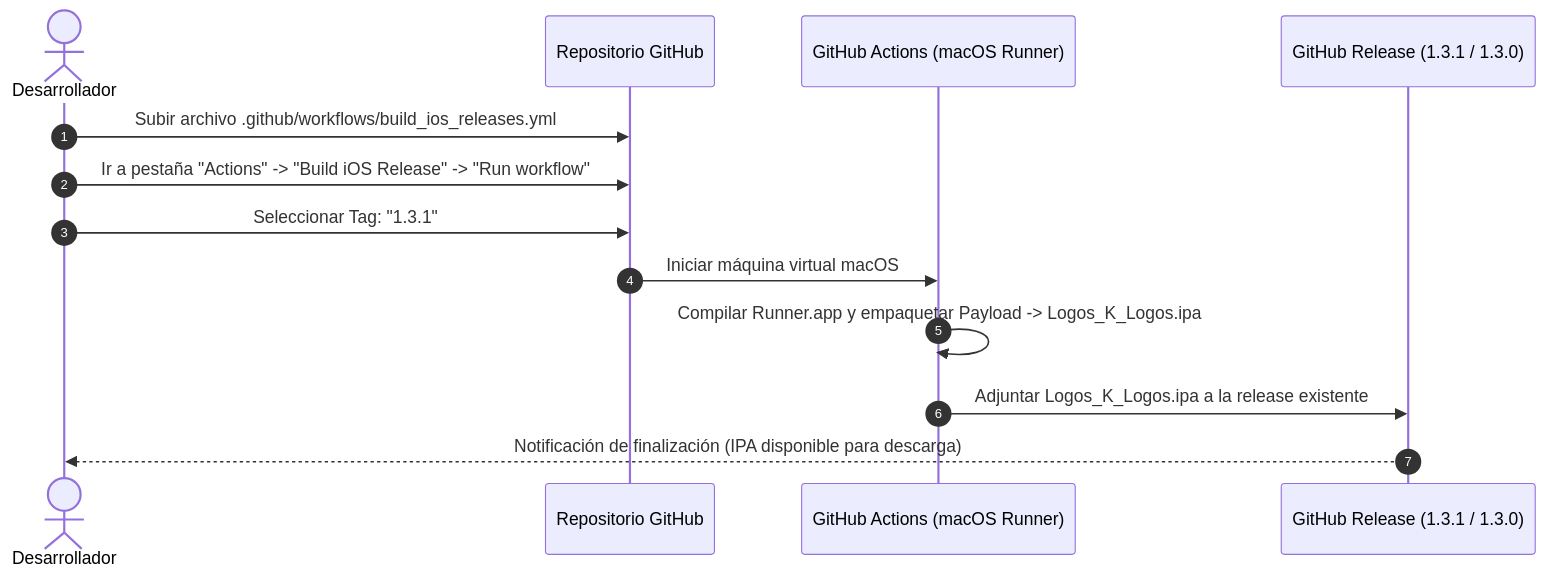
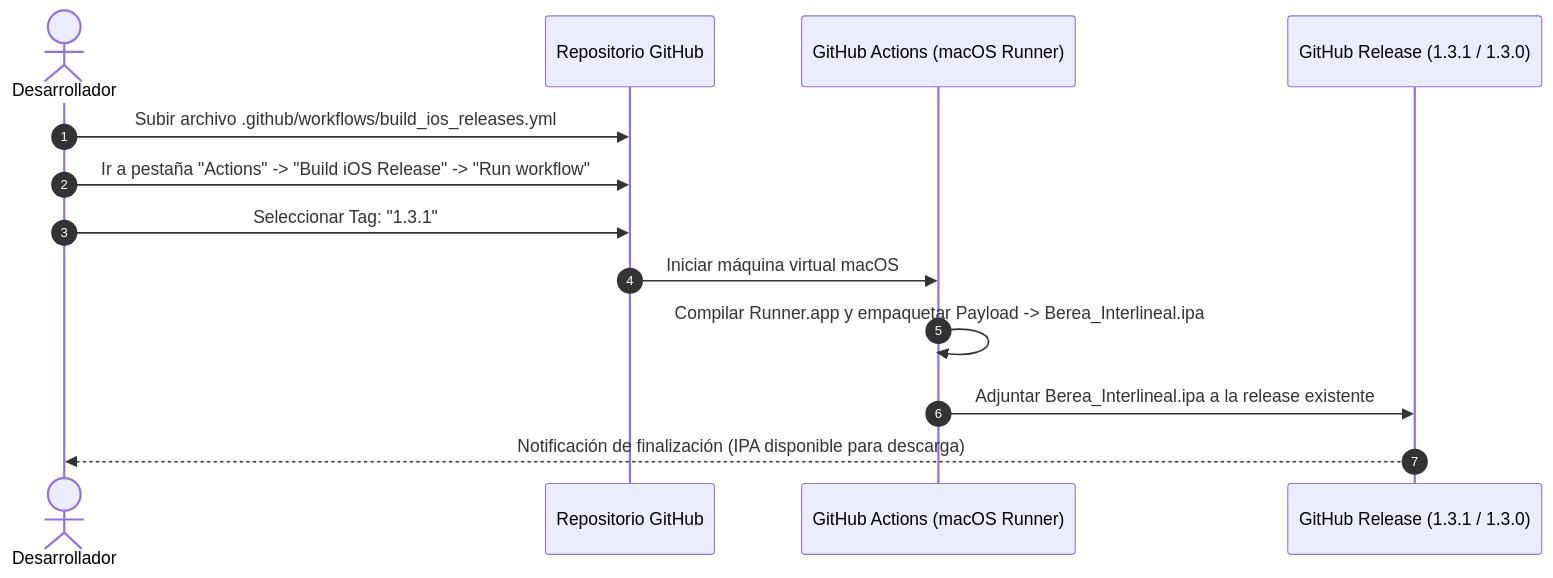
Before and after one commit to NetOpsSolutions/Berea_Interlineal: the second of 2 diagrams in Archivos_md/PLAN_IMPLEMENTACION_IPHONE.md, drawn with Mermaid. The commit also changed other lines of this file and 46 other files, not shown here.

Commit message:
feat: Rebrand to Berea Interlineal v1.3.2 with official icon, interactive guide & repository migration

````diff
--- a/Archivos_md/PLAN_IMPLEMENTACION_IPHONE.md
+++ b/Archivos_md/PLAN_IMPLEMENTACION_IPHONE.md
@@ -147,16 +147,16 @@
 ```mermaid
 sequenceDiagram
     autonumber
     actor Dev as Desarrollador
     participant GH as Repositorio GitHub
     participant Action as GitHub Actions (macOS Runner)
     participant Release as GitHub Release (1.3.1 / 1.3.0)
 
     Dev->>GH: Subir archivo .github/workflows/build_ios_releases.yml
     Dev->>GH: Ir a pestaña "Actions" -> "Build iOS Release" -> "Run workflow"
     Dev->>GH: Seleccionar Tag: "1.3.1"
     GH->>Action: Iniciar máquina virtual macOS
-    Action->>Action: Compilar Runner.app y empaquetar Payload -> Logos_K_Logos.ipa
-    Action->>Release: Adjuntar Logos_K_Logos.ipa a la release existente
+    Action->>Action: Compilar Runner.app y empaquetar Payload -> Berea_Interlineal.ipa
+    Action->>Release: Adjuntar Berea_Interlineal.ipa a la release existente
     Release-->>Dev: Notificación de finalización (IPA disponible para descarga)
 ```
````
